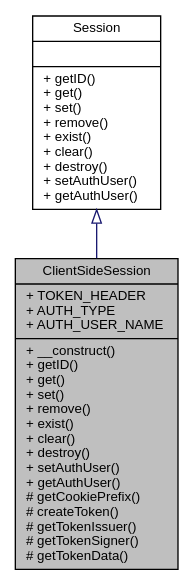
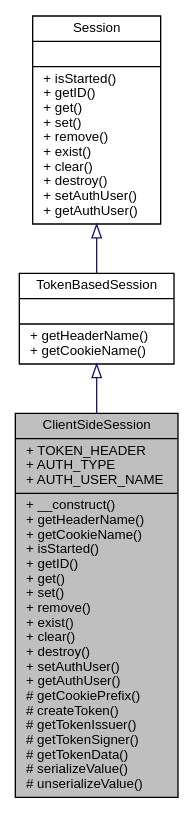
Before and after one commit to eherwig/wcmf: the diagram in classwcmf_1_1lib_1_1core_1_1impl_1_1_client_side_session__inherit__graph.dot, drawn with Graphviz. The commit also changed 1044 other files, not shown here.

```diff
--- a/classwcmf_1_1lib_1_1core_1_1impl_1_1_client_side_session__inherit__graph.dot
+++ b/classwcmf_1_1lib_1_1core_1_1impl_1_1_client_side_session__inherit__graph.dot
@@ -1,8 +1,10 @@
 digraph "ClientSideSession"
 {
   edge [fontname="Helvetica",fontsize="10",labelfontname="Helvetica",labelfontsize="10"];
   node [fontname="Helvetica",fontsize="10",shape=record];
-  Node0 [label="{ClientSideSession\n|+ TOKEN_HEADER\l+ AUTH_TYPE\l+ AUTH_USER_NAME\l|+ __construct()\l+ getID()\l+ get()\l+ set()\l+ remove()\l+ exist()\l+ clear()\l+ destroy()\l+ setAuthUser()\l+ getAuthUser()\l# getCookiePrefix()\l# createToken()\l# getTokenIssuer()\l# getTokenSigner()\l# getTokenData()\l}",height=0.2,width=0.4,color="black", fillcolor="grey75", style="filled", fontcolor="black"];
+  Node0 [label="{ClientSideSession\n|+ TOKEN_HEADER\l+ AUTH_TYPE\l+ AUTH_USER_NAME\l|+ __construct()\l+ getHeaderName()\l+ getCookieName()\l+ isStarted()\l+ getID()\l+ get()\l+ set()\l+ remove()\l+ exist()\l+ clear()\l+ destroy()\l+ setAuthUser()\l+ getAuthUser()\l# getCookiePrefix()\l# createToken()\l# getTokenIssuer()\l# getTokenSigner()\l# getTokenData()\l# serializeValue()\l# unserializeValue()\l}",height=0.2,width=0.4,color="black", fillcolor="grey75", style="filled", fontcolor="black"];
   Node1 -> Node0 [dir="back",color="midnightblue",fontsize="10",style="solid",arrowtail="onormal",fontname="Helvetica"];
-  Node1 [label="{Session\n||+ getID()\l+ get()\l+ set()\l+ remove()\l+ exist()\l+ clear()\l+ destroy()\l+ setAuthUser()\l+ getAuthUser()\l}",height=0.2,width=0.4,color="black", fillcolor="white", style="filled",URL="$interfacewcmf_1_1lib_1_1core_1_1_session.html",tooltip="Session is the interface for session implementations and defines access to session variables..."];
+  Node1 [label="{TokenBasedSession\n||+ getHeaderName()\l+ getCookieName()\l}",height=0.2,width=0.4,color="black", fillcolor="white", style="filled",URL="$interfacewcmf_1_1lib_1_1core_1_1_token_based_session.html",tooltip="A session that requires clients to send a token for authentication. "];
+  Node2 -> Node1 [dir="back",color="midnightblue",fontsize="10",style="solid",arrowtail="onormal",fontname="Helvetica"];
+  Node2 [label="{Session\n||+ isStarted()\l+ getID()\l+ get()\l+ set()\l+ remove()\l+ exist()\l+ clear()\l+ destroy()\l+ setAuthUser()\l+ getAuthUser()\l}",height=0.2,width=0.4,color="black", fillcolor="white", style="filled",URL="$interfacewcmf_1_1lib_1_1core_1_1_session.html",tooltip="Session is the interface for session implementations and defines access to session variables..."];
 }
```
